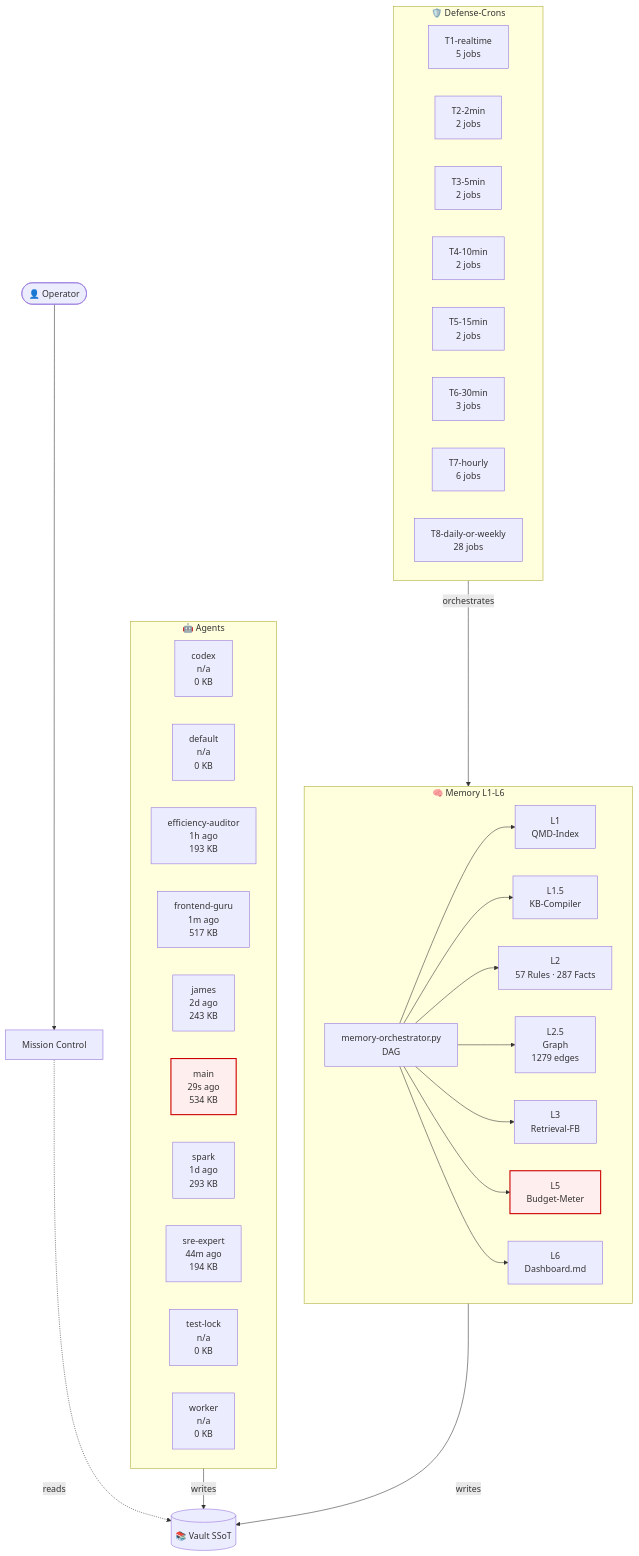
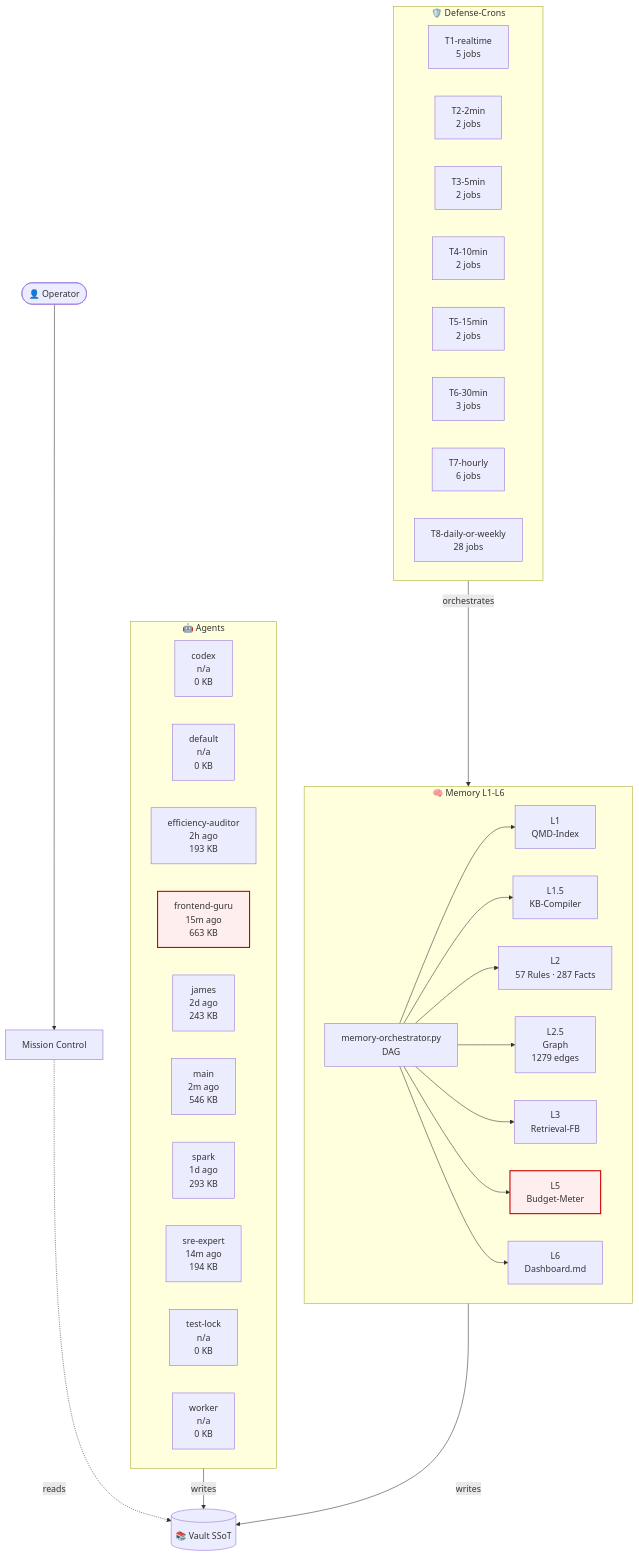
One commit to lenardhuebner88-rgb/openclaw-memory changed the diagram in 03-Agents/architecture-live.md. Above: the diagram before and after it, drawn with Mermaid. The commit also changed other lines of this file and 18 other files, not shown here.

````diff
--- a/03-Agents/architecture-live.md
+++ b/03-Agents/architecture-live.md
@@ -18,53 +18,53 @@
 ```mermaid
 flowchart TB
     classDef critical fill:#fee,stroke:#c00,stroke-width:2px;
     subgraph AGT["🤖 Agents"]
         agent_codex["codex<br/>n/a<br/>0 KB"]
         agent_default["default<br/>n/a<br/>0 KB"]
-        agent_efficiency_auditor["efficiency-auditor<br/>1h ago<br/>193 KB"]
-        agent_frontend_guru["frontend-guru<br/>1m ago<br/>517 KB"]
+        agent_efficiency_auditor["efficiency-auditor<br/>2h ago<br/>193 KB"]
+        agent_frontend_guru["frontend-guru<br/>15m ago<br/>663 KB"]
         agent_james["james<br/>2d ago<br/>243 KB"]
-        agent_main["main<br/>29s ago<br/>534 KB"]
+        agent_main["main<br/>2m ago<br/>546 KB"]
         agent_spark["spark<br/>1d ago<br/>293 KB"]
-        agent_sre_expert["sre-expert<br/>44m ago<br/>194 KB"]
+        agent_sre_expert["sre-expert<br/>14m ago<br/>194 KB"]
         agent_test_lock["test-lock<br/>n/a<br/>0 KB"]
         agent_worker["worker<br/>n/a<br/>0 KB"]
     end
     subgraph MEM["🧠 Memory L1-L6"]
         L1["L1<br/>QMD-Index"]
         L15["L1.5<br/>KB-Compiler"]
         L2["L2<br/>57 Rules · 287 Facts"]
         L25["L2.5<br/>Graph<br/>1279 edges"]
         L3["L3<br/>Retrieval-FB"]
         L5["L5<br/>Budget-Meter"]
         L6["L6<br/>Dashboard.md"]
         ORCH["memory-orchestrator.py<br/>DAG"]
     end
     subgraph CRN["🛡️ Defense-Crons"]
         tier_T1_realtime["T1-realtime<br/>5 jobs"]
         tier_T2_2min["T2-2min<br/>2 jobs"]
         tier_T3_5min["T3-5min<br/>2 jobs"]
         tier_T4_10min["T4-10min<br/>2 jobs"]
         tier_T5_15min["T5-15min<br/>2 jobs"]
         tier_T6_30min["T6-30min<br/>3 jobs"]
         tier_T7_hourly["T7-hourly<br/>6 jobs"]
         tier_T8_daily_or_weekly["T8-daily-or-weekly<br/>28 jobs"]
     end
     VAULT[("📚 Vault SSoT")]
     OP([👤 Operator])
     MC["Mission Control"]
     OP --> MC
     MC -.reads.-> VAULT
     AGT -->|writes| VAULT
     MEM -->|writes| VAULT
     ORCH --> L1
     ORCH --> L15
     ORCH --> L2
     ORCH --> L25
     ORCH --> L3
     ORCH --> L5
     ORCH --> L6
     CRN -->|orchestrates| MEM
     class L5 critical
-    class agent_main critical
+    class agent_frontend_guru critical
 ```
````
